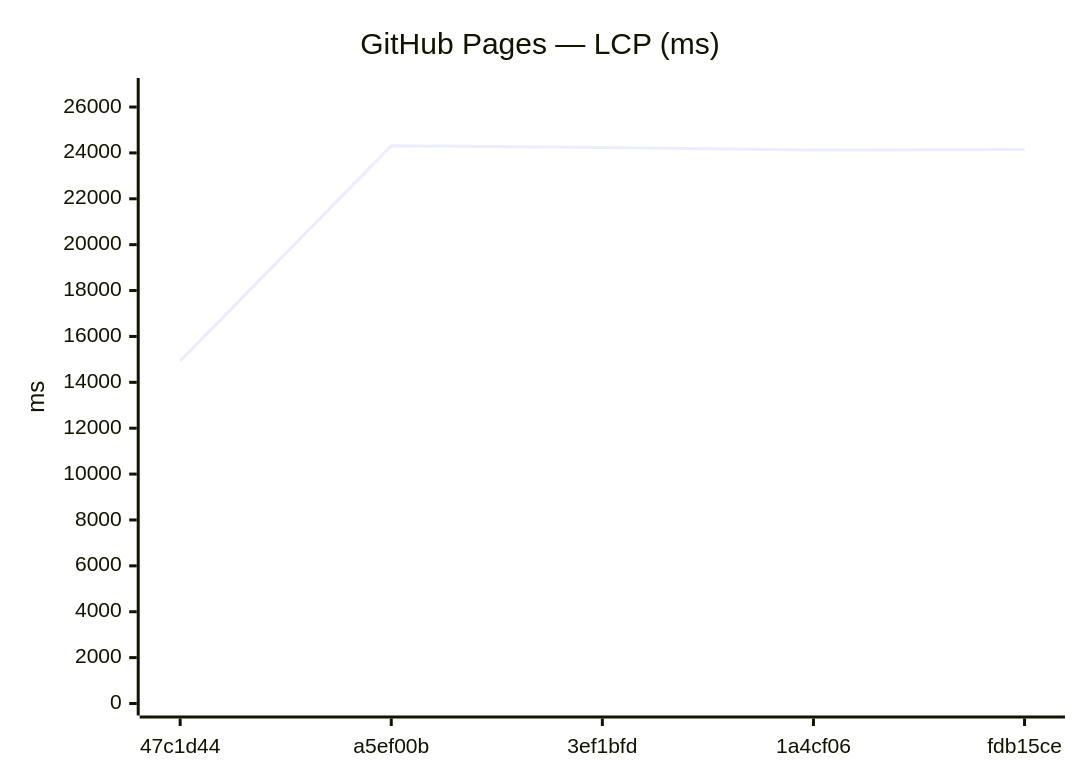
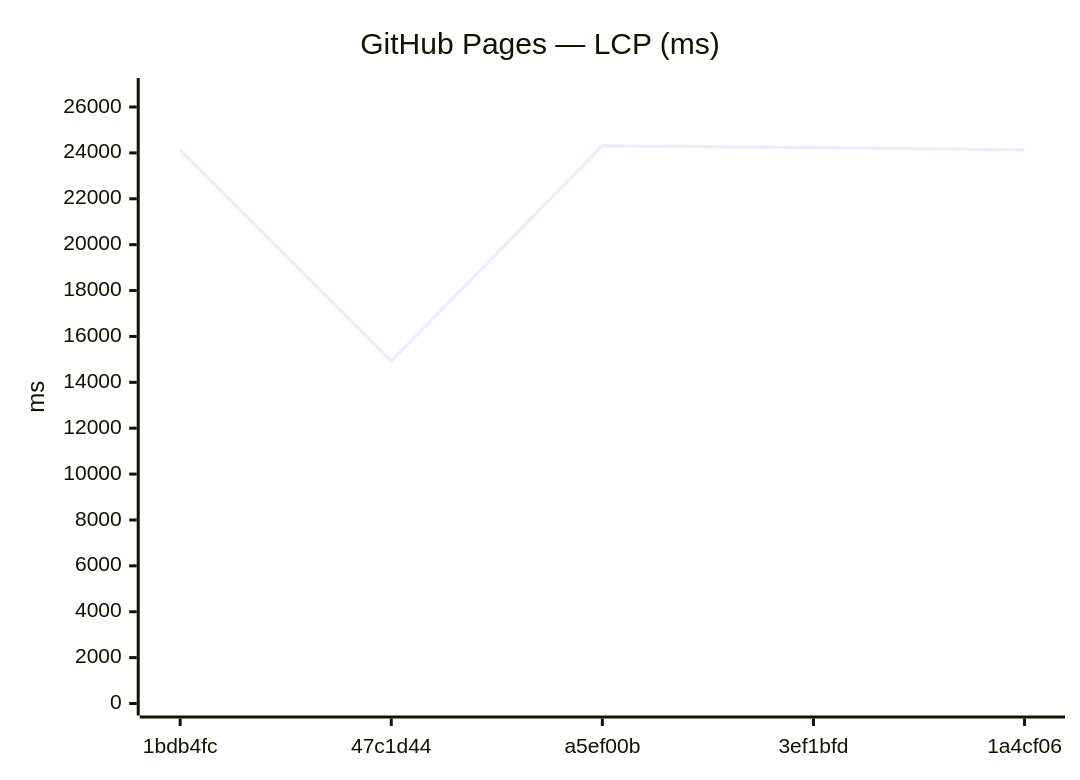
One commit to Metaheurist/Rianell changed the seventh of 12 diagrams in benchmarks/compare.md. Above: the diagram before and after it, drawn with Mermaid. The commit also changed other lines of this file and 8 other files, not shown here.

````diff
--- a/benchmarks/compare.md
+++ b/benchmarks/compare.md
@@ -107,7 +107,7 @@
 ```mermaid
 xychart-beta
     title "GitHub Pages — LCP (ms)"
-    x-axis ["47c1d44", "a5ef00b", "3ef1bfd", "1a4cf06", "fdb15ce"]
+    x-axis ["1bdb4fc", "47c1d44", "a5ef00b", "3ef1bfd", "1a4cf06"]
     y-axis "ms" 0 --> 26742
-    line [14929, 24310, 24236, 24125, 24144]
+    line [24126, 14929, 24310, 24236, 24125]
 ```
````
